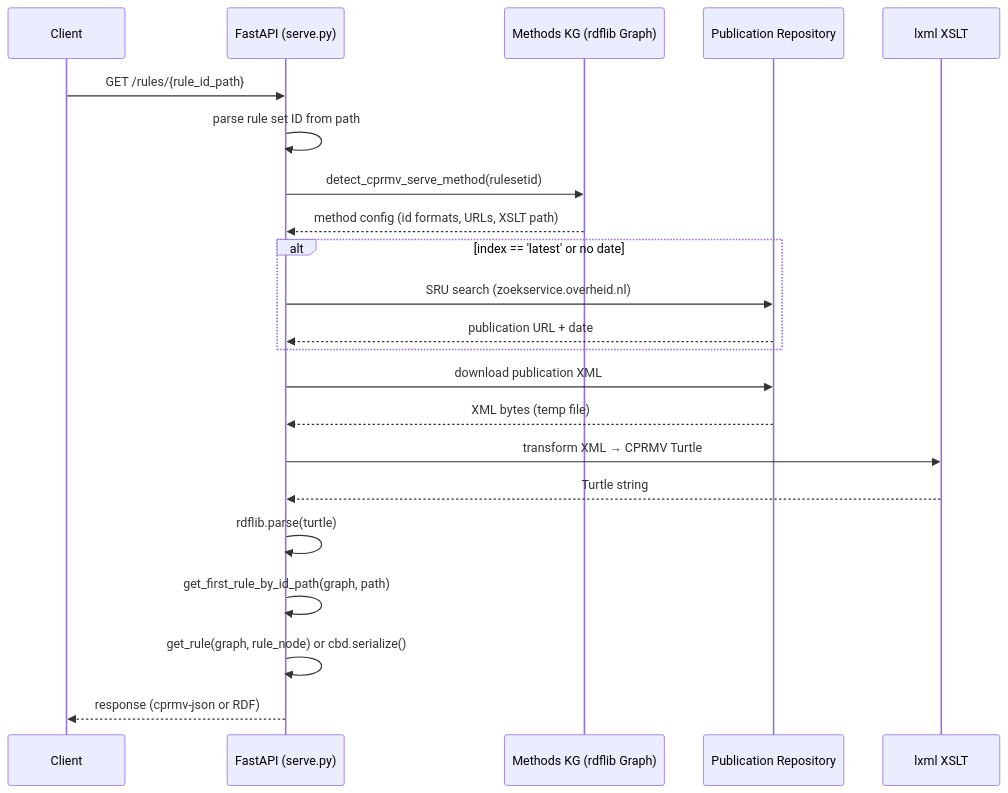
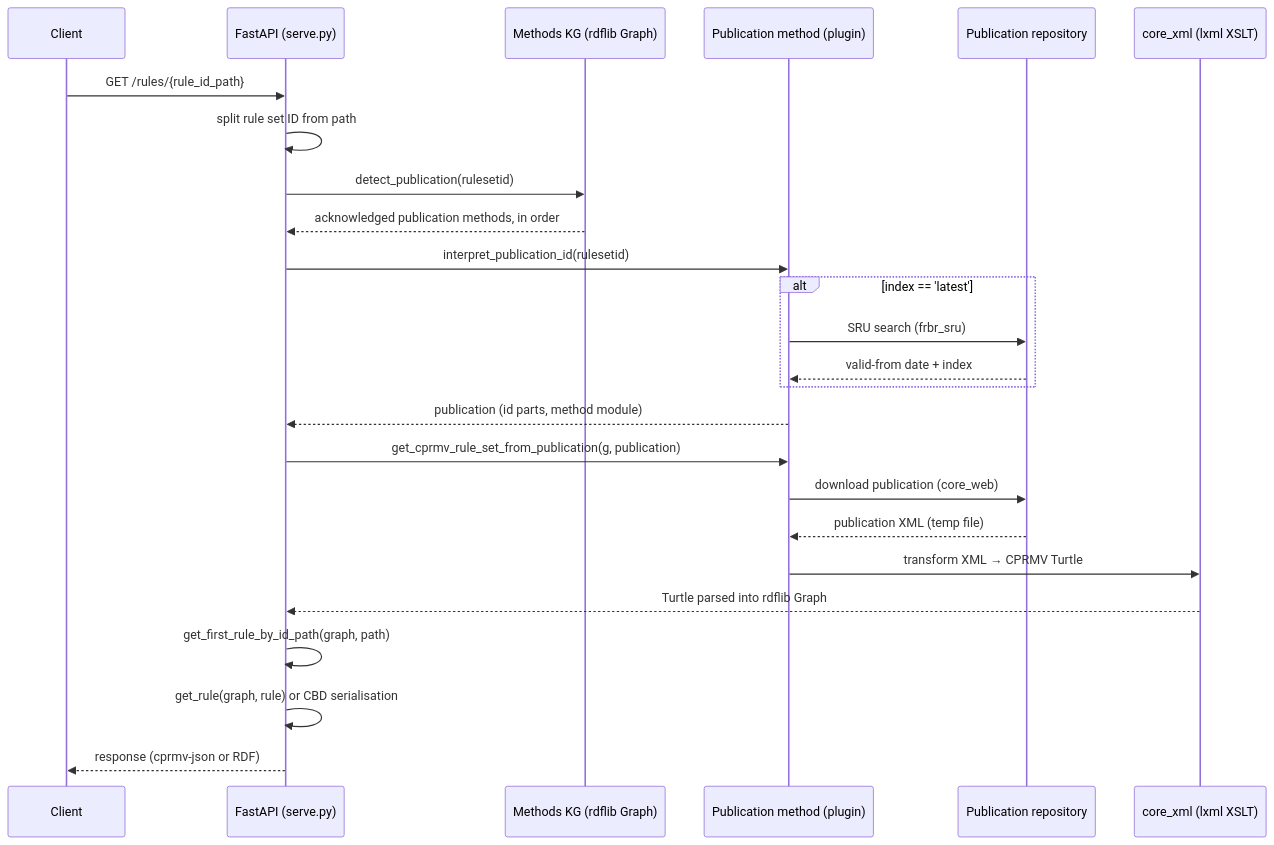
One commit to sgort/iou-architectuur changed the diagram in docs/en/cprmv-api/developer/architecture.md. Above: the diagram before and after it, drawn with Mermaid. The commit also changed other lines of this file and 31 other files, not shown here.

First line of the commit message:
docs(cprmv-api): sync to v0.4.2 — rule methods as modules, Echelons in the vocabulary, and a testing page

````diff
--- a/docs/en/cprmv-api/developer/architecture.md
+++ b/docs/en/cprmv-api/developer/architecture.md
@@ -9,27 +13,30 @@
 ```mermaid
 sequenceDiagram
     participant Client
     participant FastAPI as FastAPI (serve.py)
     participant KG as Methods KG (rdflib Graph)
-    participant Repo as Publication Repository
-    participant XSLT as lxml XSLT
+    participant Pub as Publication method (plugin)
+    participant Repo as Publication repository
+    participant XSLT as core_xml (lxml XSLT)
 
     Client->>FastAPI: GET /rules/{rule_id_path}
-    FastAPI->>FastAPI: parse rule set ID from path
-    FastAPI->>KG: detect_cprmv_serve_method(rulesetid)
-    KG-->>FastAPI: method config (id formats, URLs, XSLT path)
+    FastAPI->>FastAPI: split rule set ID from path
+    FastAPI->>KG: detect_publication(rulesetid)
+    KG-->>FastAPI: acknowledged publication methods, in order
+    FastAPI->>Pub: interpret_publication_id(rulesetid)
 
-    alt index == 'latest' or no date
-        FastAPI->>Repo: SRU search (zoekservice.overheid.nl)
-        Repo-->>FastAPI: publication URL + date
+    alt index == 'latest'
+        Pub->>Repo: SRU search (frbr_sru)
+        Repo-->>Pub: valid-from date + index
     end
 
-    FastAPI->>Repo: download publication XML
-    Repo-->>FastAPI: XML bytes (temp file)
-    FastAPI->>XSLT: transform XML → CPRMV Turtle
-    XSLT-->>FastAPI: Turtle string
-    FastAPI->>FastAPI: rdflib.parse(turtle)
+    Pub-->>FastAPI: publication (id parts, method module)
+    FastAPI->>Pub: get_cprmv_rule_set_from_publication(g, publication)
+    Pub->>Repo: download publication (core_web)
+    Repo-->>Pub: publication XML (temp file)
+    Pub->>XSLT: transform XML → CPRMV Turtle
+    XSLT-->>FastAPI: Turtle parsed into rdflib Graph
     FastAPI->>FastAPI: get_first_rule_by_id_path(graph, path)
-    FastAPI->>FastAPI: get_rule(graph, rule_node) or cbd.serialize()
+    FastAPI->>FastAPI: get_rule(graph, rule) or CBD serialisation
     FastAPI-->>Client: response (cprmv-json or RDF)
 ```
````
